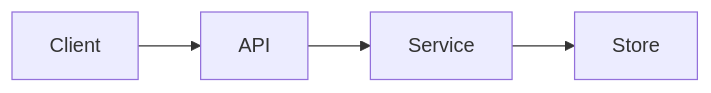
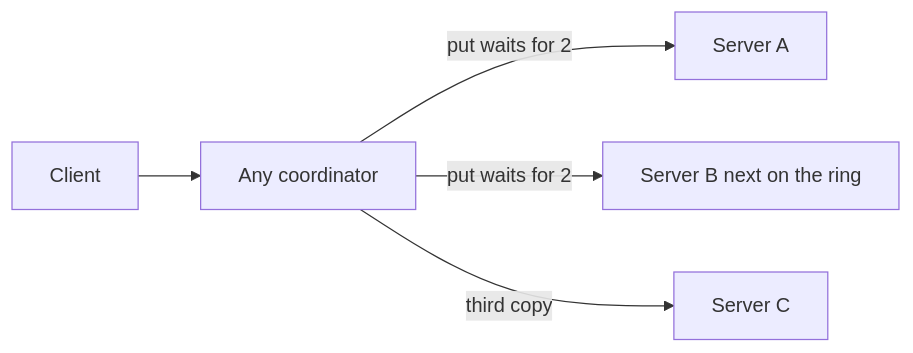
The diagram in questions/key-value-store/README.md (CharlotteYW/system-design-interview), drawn with Mermaid before and after one commit. The commit also changed other lines of this file and 16 other files, not shown here.

First line of the commit message:
Implement the key-value store lab with quorum writes and a per-server L1.

````diff
--- a/questions/key-value-store/README.md
+++ b/questions/key-value-store/README.md
@@ -50,8 +61,12 @@
 ```mermaid
 flowchart LR
   client[Client]
-  api[API]
-  svc[Service]
-  db[Store]
-  client --> api --> svc --> db
+  coord[Any coordinator]
+  a[Server A]
+  b[Server B next on the ring]
+  c[Server C]
+  client --> coord
+  coord -->|put waits for 2| a
+  coord -->|put waits for 2| b
+  coord -->|third copy| c
 ```
````
